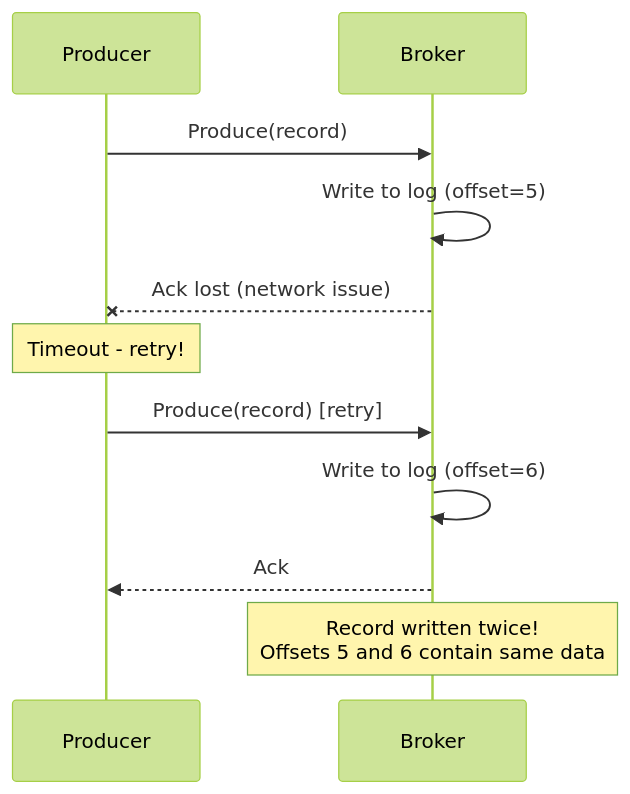
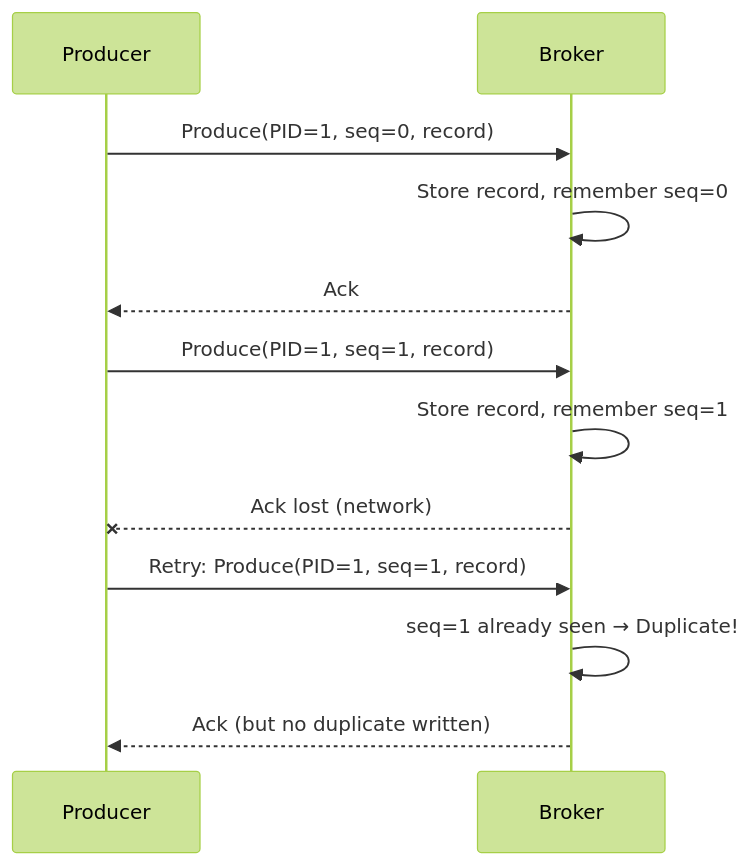
Before and after one commit to ae-lexs/system_design: the seventh of 8 diagrams in DD_KAFKA_ARCHITECTURE.md, drawn with Mermaid (forest theme). The commit also changed other lines of this file and 23 other files, not shown here.

````diff
--- a/DD_KAFKA_ARCHITECTURE.md
+++ b/DD_KAFKA_ARCHITECTURE.md
@@ -1041,17 +538,17 @@
 ```mermaid
 sequenceDiagram
     participant P as Producer
     participant B as Broker
 
-    P->>B: Produce(record)
-    B->>B: Write to log (offset=5)
-    B--xP: Ack lost (network issue)
-
-    Note over P: Timeout - retry!
-
-    P->>B: Produce(record) [retry]
-    B->>B: Write to log (offset=6)
+    P->>B: Produce(PID=1, seq=0, record)
+    B->>B: Store record, remember seq=0
     B-->>P: Ack
 
-    Note over B: Record written twice!<br/>Offsets 5 and 6 contain same data
+    P->>B: Produce(PID=1, seq=1, record)
+    B->>B: Store record, remember seq=1
+    B--xP: Ack lost (network)
+
+    P->>B: Retry: Produce(PID=1, seq=1, record)
+    B->>B: seq=1 already seen → Duplicate!
+    B-->>P: Ack (but no duplicate written)
 ```
````
